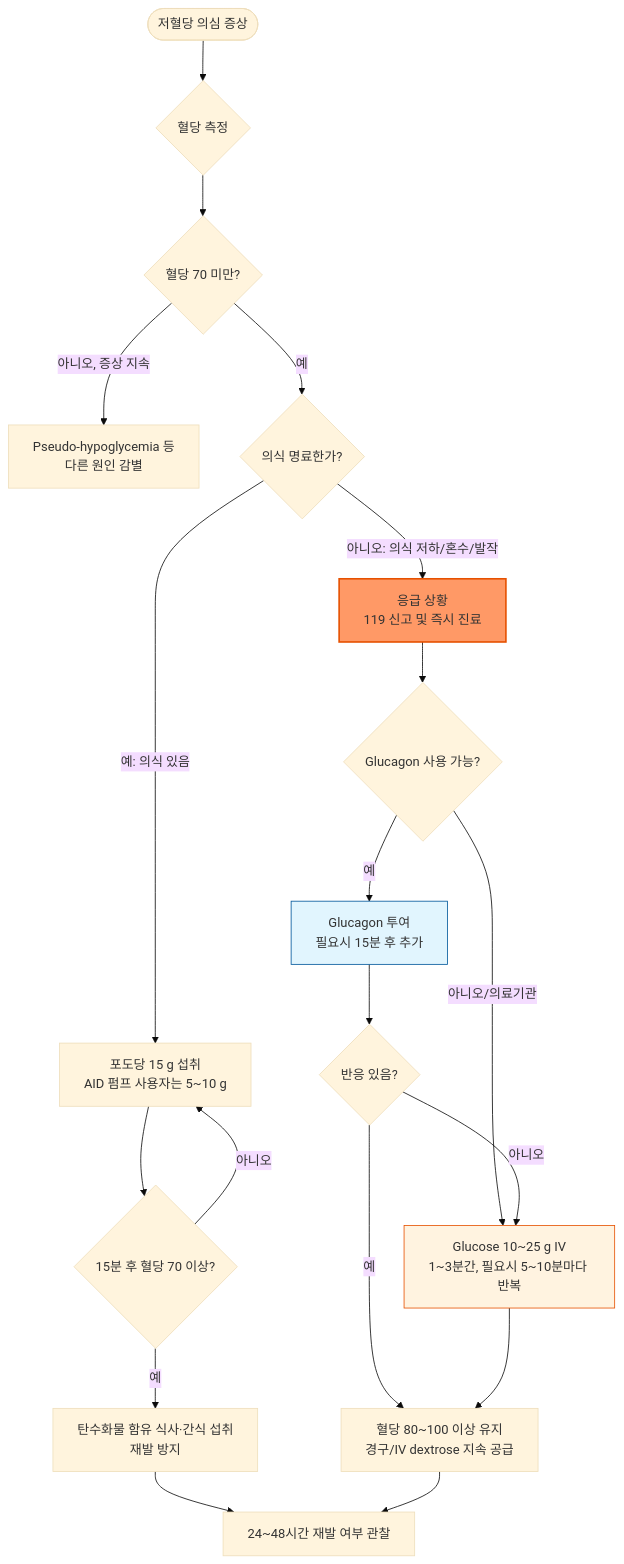
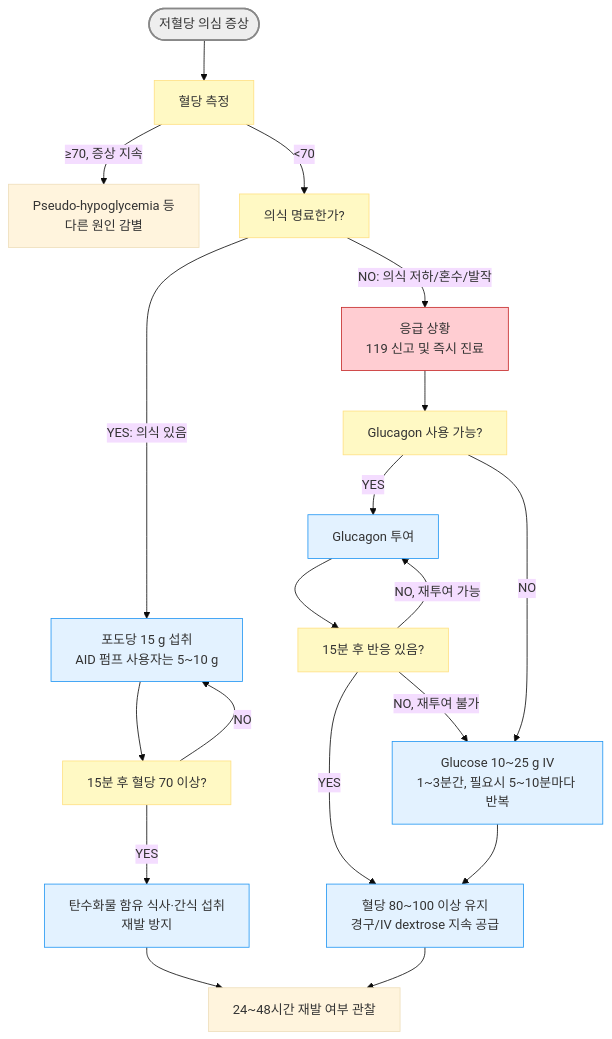
One commit to familyoh77/familyoh77 changed the diagram in 226_/103_-hypoglycemia-diabetic.md. Above: the diagram before and after it, drawn with Mermaid (base theme).

Commit message:
GITBOOK-1182: No subject

````diff
--- a/226_/103_-hypoglycemia-diabetic.md
+++ b/226_/103_-hypoglycemia-diabetic.md
@@ -133,24 +133,28 @@
 ```mermaid
 graph TD
-    A([저혈당 의심 증상]) --> B{혈당 측정}
-    B --> C{혈당 70 미만?}
-    C -->|아니오, 증상 지속| D[Pseudo-hypoglycemia 등\n다른 원인 감별]
-    C -->|예| E{의식 명료한가?}
-    E -->|예: 의식 있음| F[포도당 15 g 섭취\nAID 펌프 사용자는 5~10 g]
-    F --> G{15분 후 혈당 70 이상?}
-    G -->|아니오| F
-    G -->|예| H[탄수화물 함유 식사·간식 섭취\n재발 방지]
-    E -->|아니오: 의식 저하/혼수/발작| I[응급 상황\n119 신고 및 즉시 진료]
-    I --> J{Glucagon 사용 가능?}
-    J -->|예| K[Glucagon 투여\n필요시 15분 후 추가]
-    J -->|아니오/의료기관| L[Glucose 10~25 g IV\n1~3분간, 필요시 5~10분마다 반복]
-    K --> M{반응 있음?}
-    M -->|아니오| L
-    M -->|예| N[혈당 80~100 이상 유지\n경구/IV dextrose 지속 공급]
+    A([저혈당 의심 증상]) --> B[혈당 측정]
+    B -->|≥70, 증상 지속| D[Pseudo-hypoglycemia 등\n다른 원인 감별]
+    B -->|<70| E[의식 명료한가?]
+    E -->|YES: 의식 있음| F[포도당 15 g 섭취\nAID 펌프 사용자는 5~10 g]
+    F --> G[15분 후 혈당 70 이상?]
+    G -->|NO| F
+    G -->|YES| H[탄수화물 함유 식사·간식 섭취\n재발 방지]
+    E -->|NO: 의식 저하/혼수/발작| I[응급 상황\n119 신고 및 즉시 진료]
+    I --> J[Glucagon 사용 가능?]
+    J -->|YES| K[Glucagon 투여]
+    K --> M[15분 후 반응 있음?]
+    M -->|NO, 재투여 가능| K
+    M -->|NO, 재투여 불가| L[Glucose 10~25 g IV\n1~3분간, 필요시 5~10분마다 반복]
+    J -->|NO| L
+    M -->|YES| N[혈당 80~100 이상 유지\n경구/IV dextrose 지속 공급]
     L --> N
     H --> O[24~48시간 재발 여부 관찰]
     N --> O
-    style I fill:#f96,stroke:#e65100,stroke-width:2px
-    style K fill:#e1f5fe,stroke:#01579b
-    style L fill:#fff3e0,stroke:#e65100
+
+    style A fill:#eeeeee,stroke:#888888,stroke-width:2px
+    classDef yellow fill:#fff9c4,stroke:#ffe082
+    class B,G,J,M,E yellow
+    style I fill:#ffcdd2,stroke:#c62828
+    classDef sky fill:#e3f2ff,stroke:#2196f3
+    class K,F,L,N,H sky
 ```
````
